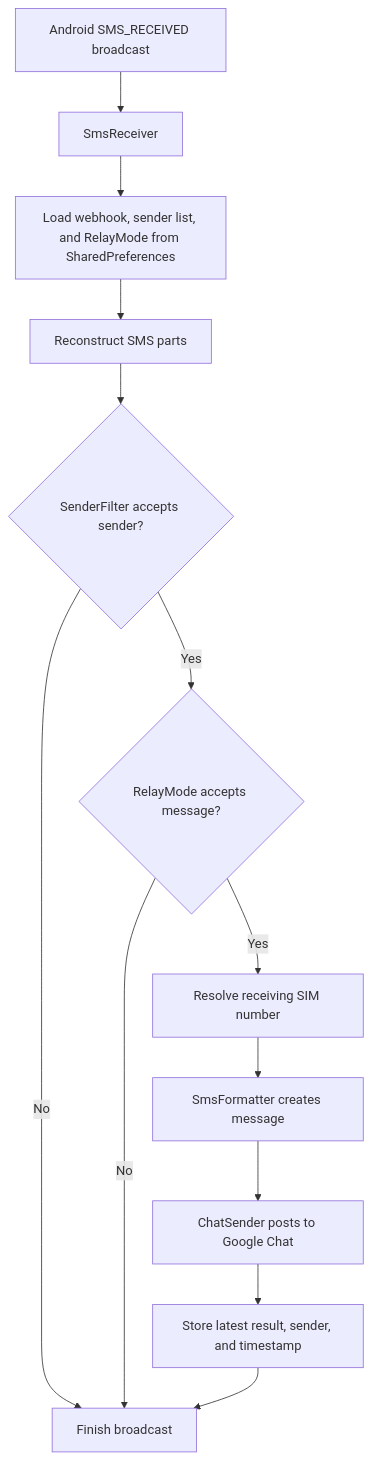
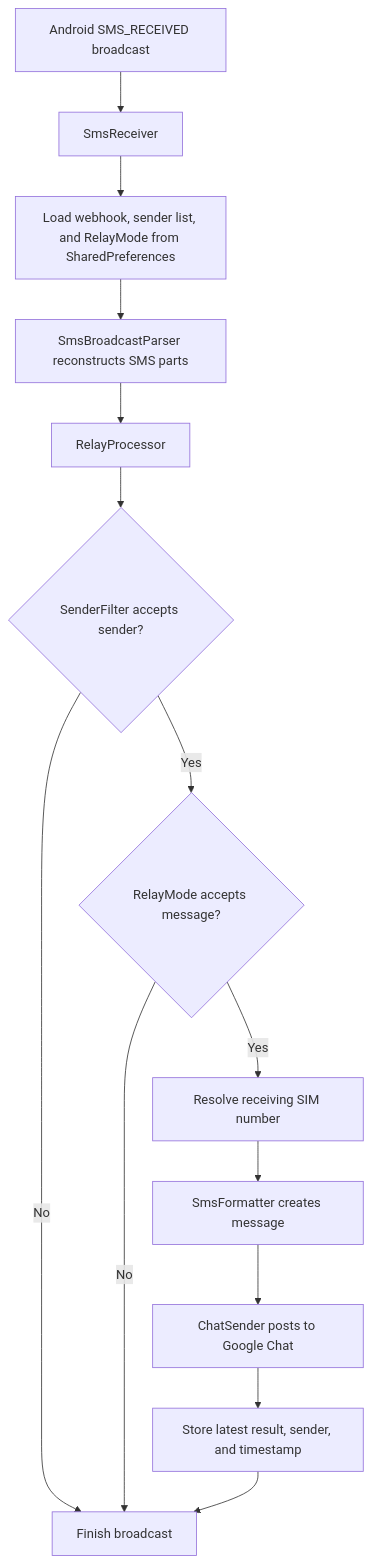
The diagram in docs/ARCHITECTURE.md (atiarmridul/TelcoOtpRelay), drawn with Mermaid before and after one commit. The commit also changed other lines of this file and 5 other files, not shown here.

````diff
--- a/docs/ARCHITECTURE.md
+++ b/docs/ARCHITECTURE.md
@@ -9,15 +9,16 @@
 ```mermaid
 flowchart TD
     A[Android SMS_RECEIVED broadcast] --> B[SmsReceiver]
     B --> C[Load webhook, sender list, and RelayMode from SharedPreferences]
-    C --> D[Reconstruct SMS parts]
-    D --> S{SenderFilter accepts sender?}
+    C --> D[SmsBroadcastParser reconstructs SMS parts]
+    D --> P[RelayProcessor]
+    P --> S{SenderFilter accepts sender?}
     S -- No --> F
     S -- Yes --> E{RelayMode accepts message?}
     E -- No --> F[Finish broadcast]
     E -- Yes --> G[Resolve receiving SIM number]
     G --> H[SmsFormatter creates message]
     H --> I[ChatSender posts to Google Chat]
     I --> J[Store latest result, sender, and timestamp]
     J --> F
 ```
````
